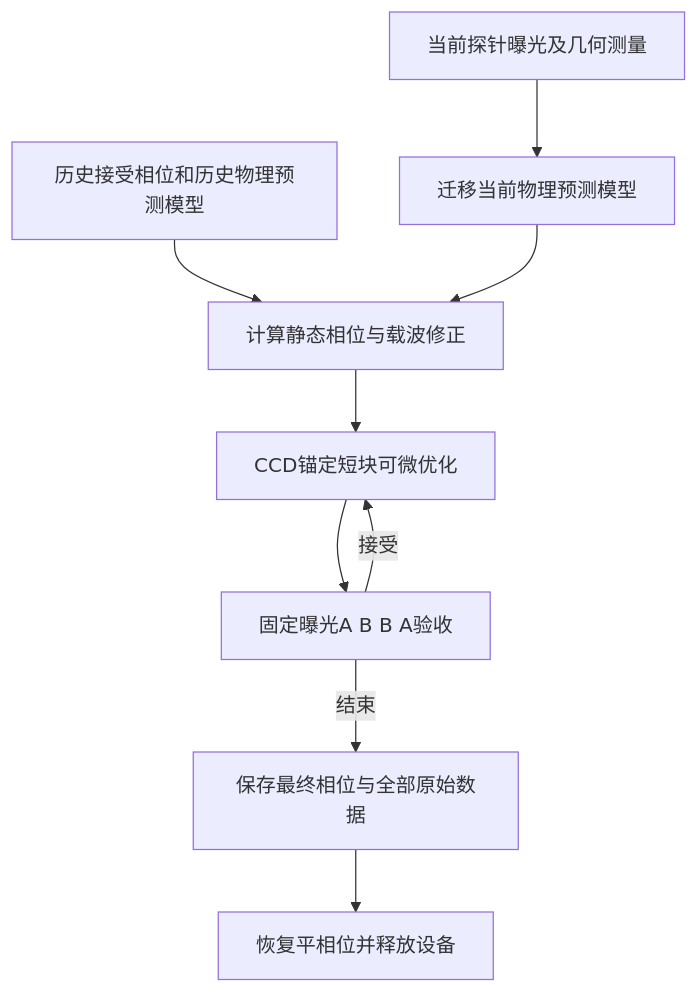
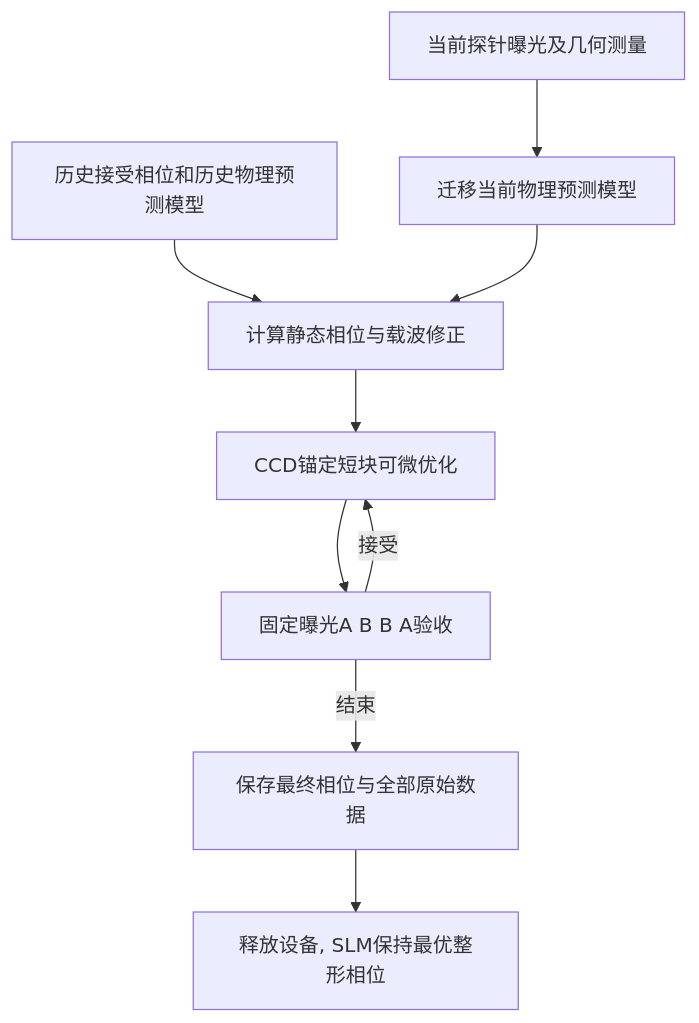
Before and after one commit to ywzhang909/AO-shaping: the second of 2 diagrams in docs/slm/slm_transfer_workflow.md, drawn with Mermaid. The commit also changed other lines of this file and 2 other files, not shown here.

````diff
--- a/docs/slm/slm_transfer_workflow.md
+++ b/docs/slm/slm_transfer_workflow.md
@@ -220,11 +220,11 @@
 ```mermaid
 flowchart TD
     A[历史接受相位和历史物理预测模型] --> T[计算静态相位与载波修正]
     B[当前探针曝光及几何测量] --> M[迁移当前物理预测模型]
     M --> T
     T --> O[CCD锚定短块可微优化]
     O --> V[固定曝光A B B A验收]
     V -->|接受| O
     V -->|结束| S[保存最终相位与全部原始数据]
-    S --> R[恢复平相位并释放设备]
+    S --> R[释放设备, SLM保持最优整形相位]
 ```
````
